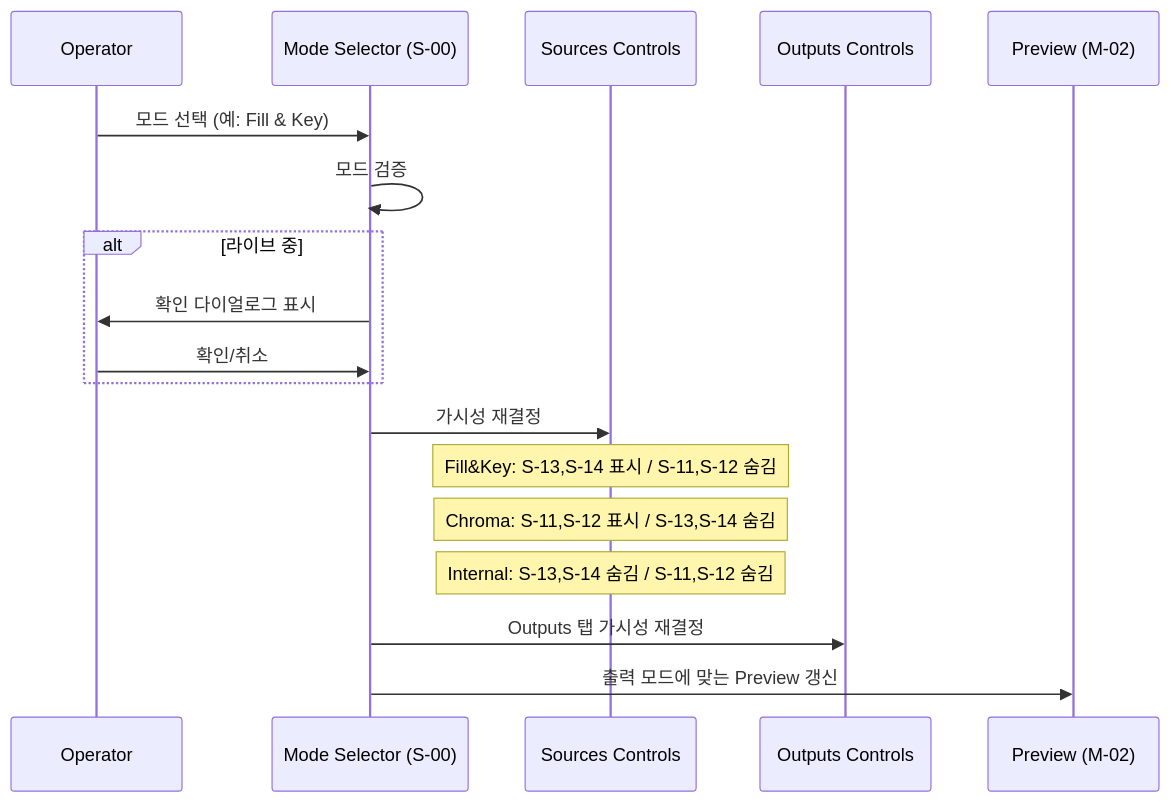
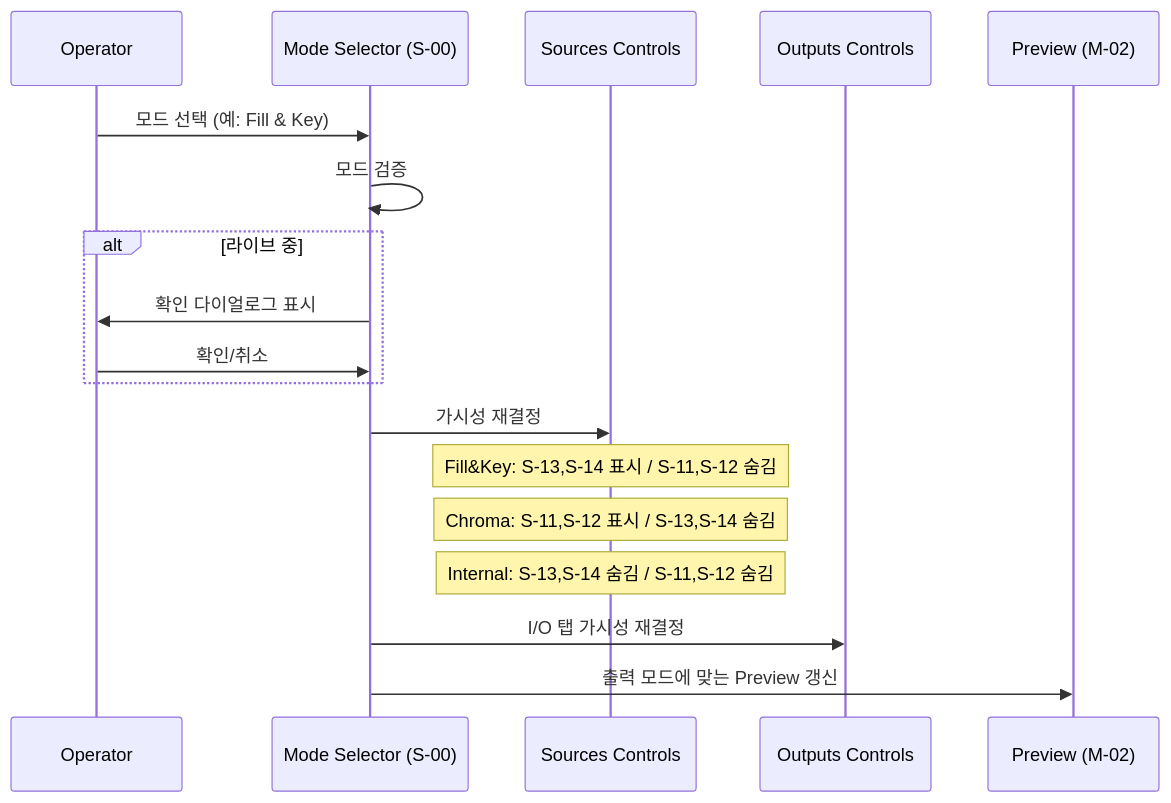
The eighth of 29 diagrams in docs/01_PokerGFX_Analysis/PRD-0004-feature-interactions.md (garimto81/ebs), drawn with Mermaid before and after one commit. The commit also changed other lines of this file and 3 other files, not shown here.

````diff
--- a/docs/01_PokerGFX_Analysis/PRD-0004-feature-interactions.md
+++ b/docs/01_PokerGFX_Analysis/PRD-0004-feature-interactions.md
@@ -639,21 +652,21 @@
 ```mermaid
 sequenceDiagram
     participant OP as Operator
     participant SM as Mode Selector (S-00)
     participant SC as Sources Controls
     participant OC as Outputs Controls
     participant PV as Preview (M-02)
 
     OP->>SM: 모드 선택 (예: Fill & Key)
     SM->>SM: 모드 검증
     alt 라이브 중
         SM->>OP: 확인 다이얼로그 표시
         OP->>SM: 확인/취소
     end
     SM->>SC: 가시성 재결정
     Note over SC: Fill&Key: S-13,S-14 표시 / S-11,S-12 숨김
     Note over SC: Chroma: S-11,S-12 표시 / S-13,S-14 숨김
     Note over SC: Internal: S-13,S-14 숨김 / S-11,S-12 숨김
-    SM->>OC: Outputs 탭 가시성 재결정
+    SM->>OC: I/O 탭 가시성 재결정
     SM->>PV: 출력 모드에 맞는 Preview 갱신
 ```
````
